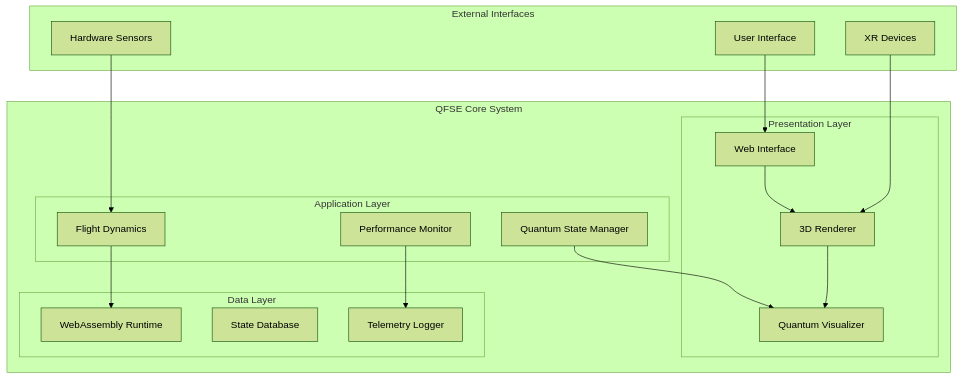
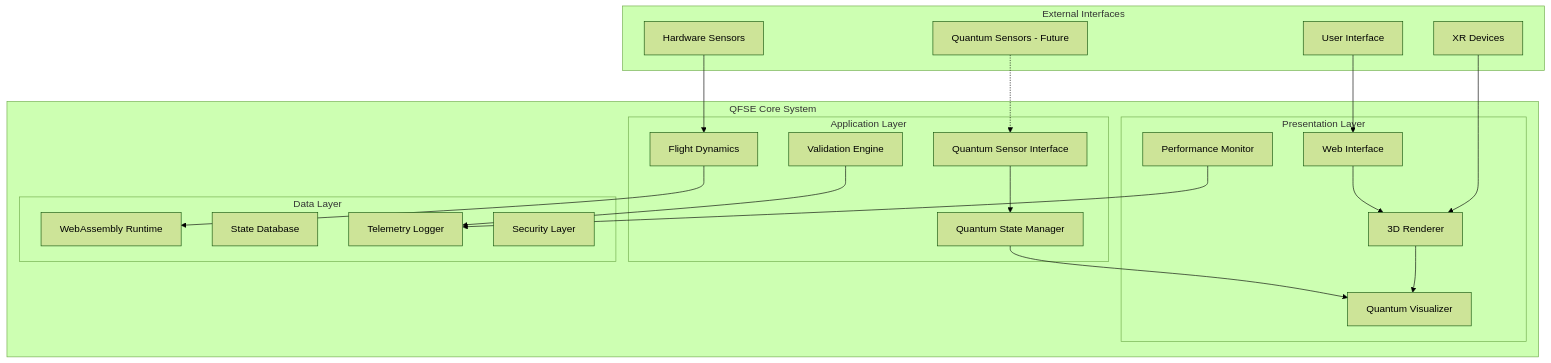
The first of 4 diagrams in PRODUCT_LINES/AMPEL360/BOB/FLIGHT SIMULATOR/QFSE/25MAP0001/DESIGN/TECHNICAL_DOCS/AMP-QFSE-25MAP0001-DES-BOB-TEC-TD-ATA-099-00-01-TPL-DES-001-QSTR-v1.0.0.pdfAMP-QFSE-25MAP0001-DES-BOB-TEC-TD-ATA-099-00-01-TPL-DES-001-QSTR-v1.0.0.md (Robbbo-T/A-Q-U-A_V), drawn with Mermaid (forest theme) before and after one commit. The commit also changed other lines of this file, not shown here.

````diff
--- a/PRODUCT_LINES/AMPEL360/BOB/FLIGHT SIMULATOR/QFSE/25MAP0001/DESIGN/TECHNICAL_DOCS/AMP-QFSE-25MAP0001-DES-BOB-TEC-TD-ATA-099-00-01-TPL-DES-001-QSTR-v1.0.0.pdfAMP-QFSE-25MAP0001-DES-BOB-TEC-TD-ATA-099-00-01-TPL-DES-001-QSTR-v1.0.0.md
+++ b/PRODUCT_LINES/AMPEL360/BOB/FLIGHT SIMULATOR/QFSE/25MAP0001/DESIGN/TECHNICAL_DOCS/AMP-QFSE-25MAP0001-DES-BOB-TEC-TD-ATA-099-00-01-TPL-DES-001-QSTR-v1.0.0.pdfAMP-QFSE-25MAP0001-DES-BOB-TEC-TD-ATA-099-00-01-TPL-DES-001-QSTR-v1.0.0.md
@@ -40,37 +34,44 @@
 ```mermaid
 graph TB
     subgraph "External Interfaces"
         UI[User Interface]
         HW[Hardware Sensors]
         XR[XR Devices]
+        QS[Quantum Sensors - Future]
     end
     
     subgraph "QFSE Core System"
         subgraph "Presentation Layer"
             WEB[Web Interface]
             R3D[3D Renderer]
             QVE[Quantum Visualizer]
+            PM[Performance Monitor]
         end
         
         subgraph "Application Layer"
             FDM[Flight Dynamics]
             QSM[Quantum State Manager]
-            PM[Performance Monitor]
+            QSI[Quantum Sensor Interface]
+            VAL[Validation Engine]
         end
         
         subgraph "Data Layer"
             WASM[WebAssembly Runtime]
             DB[State Database]
             LOG[Telemetry Logger]
+            SEC[Security Layer]
         end
     end
     
     UI --> WEB
     HW --> FDM
     XR --> R3D
+    QS -.-> QSI
     WEB --> R3D
     R3D --> QVE
     FDM --> WASM
     QSM --> QVE
+    QSI --> QSM
     PM --> LOG
+    VAL --> LOG
 ```
````
